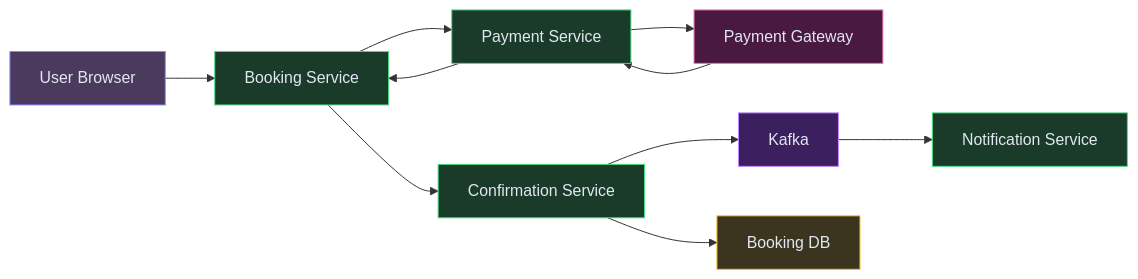
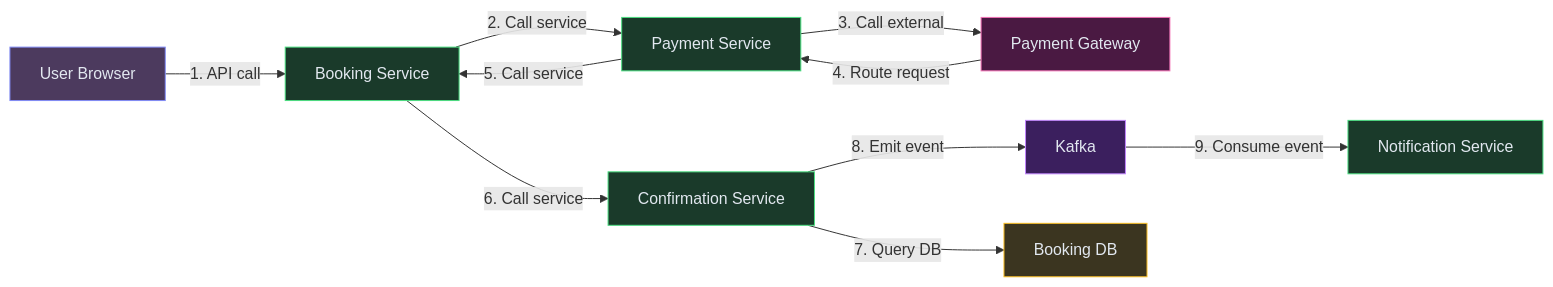
Before and after one commit to iluzn/HLD-Designs: the fourth of 11 diagrams in content/hld/BookMyShow.md, drawn with Mermaid. The commit also changed other lines of this file and 27 other files, not shown here.

````diff
--- a/content/hld/BookMyShow.md
+++ b/content/hld/BookMyShow.md
@@ -308,27 +308,27 @@
 ```mermaid
 flowchart LR
     User["User Browser"]:::client
     BS["Booking Service"]:::service
     PS["Payment Service"]:::service
     PGW["Payment Gateway"]:::external
     CONF["Confirmation Service"]:::service
     KF["Kafka"]:::async
     DB["Booking DB"]:::data
     NS["Notification Service"]:::service
 
-    User --> BS
-    BS --> PS
-    PS --> PGW
-    PGW --> PS
-    PS --> BS
-    BS --> CONF
-    CONF --> DB
-    CONF --> KF
-    KF --> NS
+    User -->|"1. API call"| BS
+    BS -->|"2. Call service"| PS
+    PS -->|"3. Call external"| PGW
+    PGW -->|"4. Route request"| PS
+    PS -->|"5. Call service"| BS
+    BS -->|"6. Call service"| CONF
+    CONF -->|"7. Query DB"| DB
+    CONF -->|"8. Emit event"| KF
+    KF -->|"9. Consume event"| NS
 
     classDef client fill:#4c3a5e,stroke:#818cf8,color:#e2e8f0
     classDef service fill:#1a3a2a,stroke:#4ade80,color:#e2e8f0
     classDef external fill:#4a1942,stroke:#f472b6,color:#e2e8f0
     classDef async fill:#3b1f5e,stroke:#c084fc,color:#e2e8f0
     classDef data fill:#3b3520,stroke:#fbbf24,color:#e2e8f0
 ```
````
